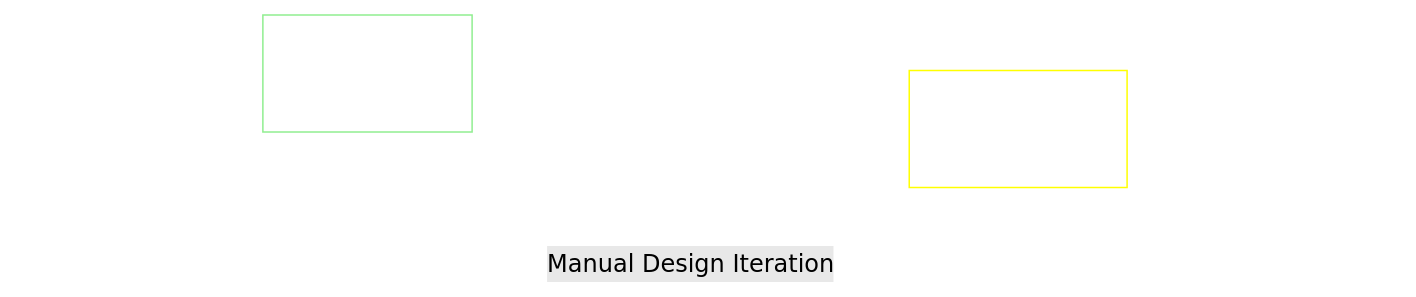
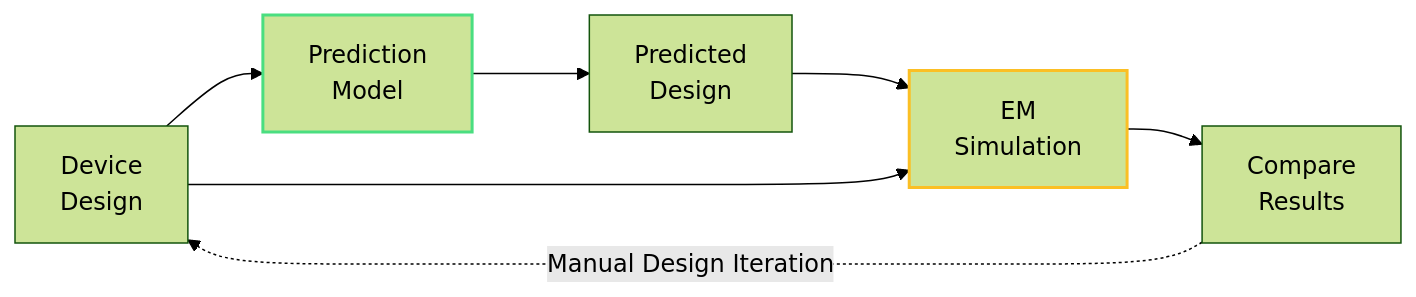
One commit to PreFab-Photonics/PreFab changed the first of 3 diagrams in docs/fab_aware_design.md. Above: the diagram before and after it, drawn with Mermaid (forest theme). The commit also changed other lines of this file, not shown here.

Commit message:
Update diagram colours for light/dark mode

````diff
--- a/docs/fab_aware_design.md
+++ b/docs/fab_aware_design.md
@@ -33,15 +33,11 @@
 ```mermaid
 flowchart LR
     A[Device<br>Design] --> B[Prediction<br>Model]
     B --> C[Predicted<br>Design]
     C --> D[EM<br>Simulation]
     D --> E[Compare<br>Results]
     A --> D
     E -.-> |Manual Design Iteration| A
-    style A fill:none,color:white,stroke:white
-    style B fill:none,color:white,stroke:lightgreen
-    style C fill:none,color:white,stroke:white
-    style D fill:none,color:white,stroke:yellow
-    style E fill:none,color:white,stroke:white
-    linkStyle default stroke:white
+    style B stroke:#4ade80,stroke-width:2px
+    style D stroke:#fbbf24,stroke-width:2px
 ```
````
